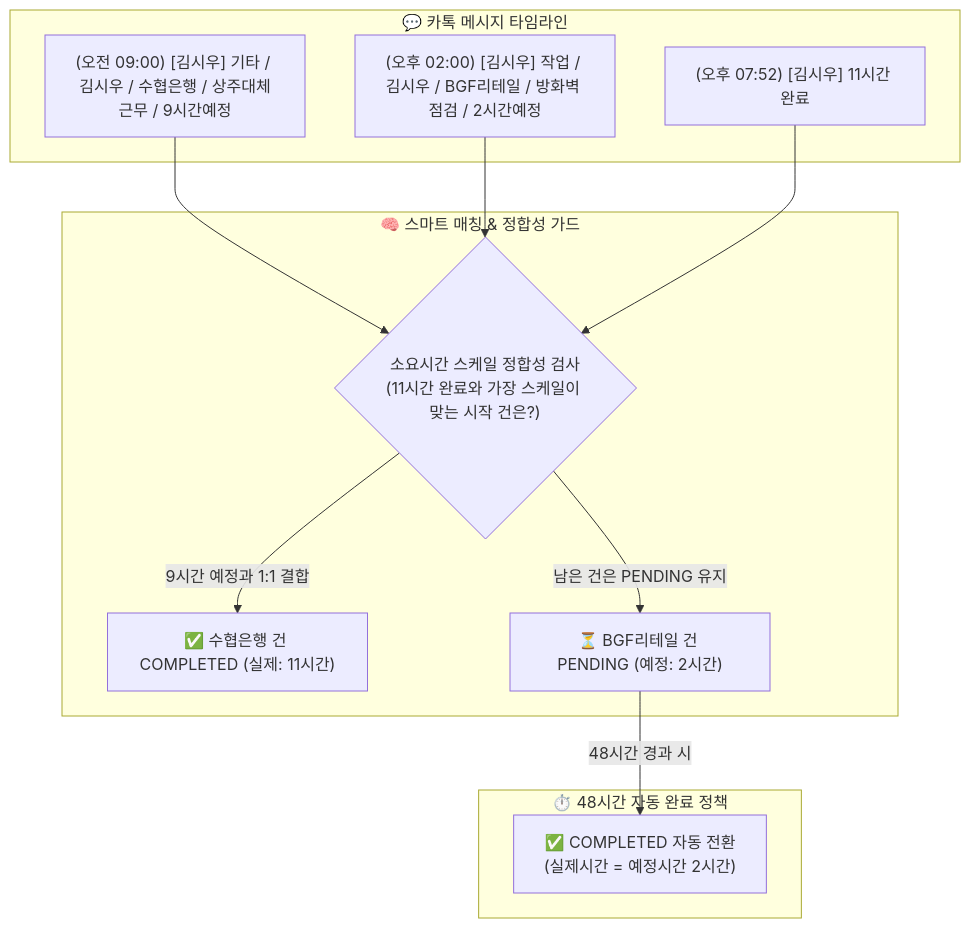
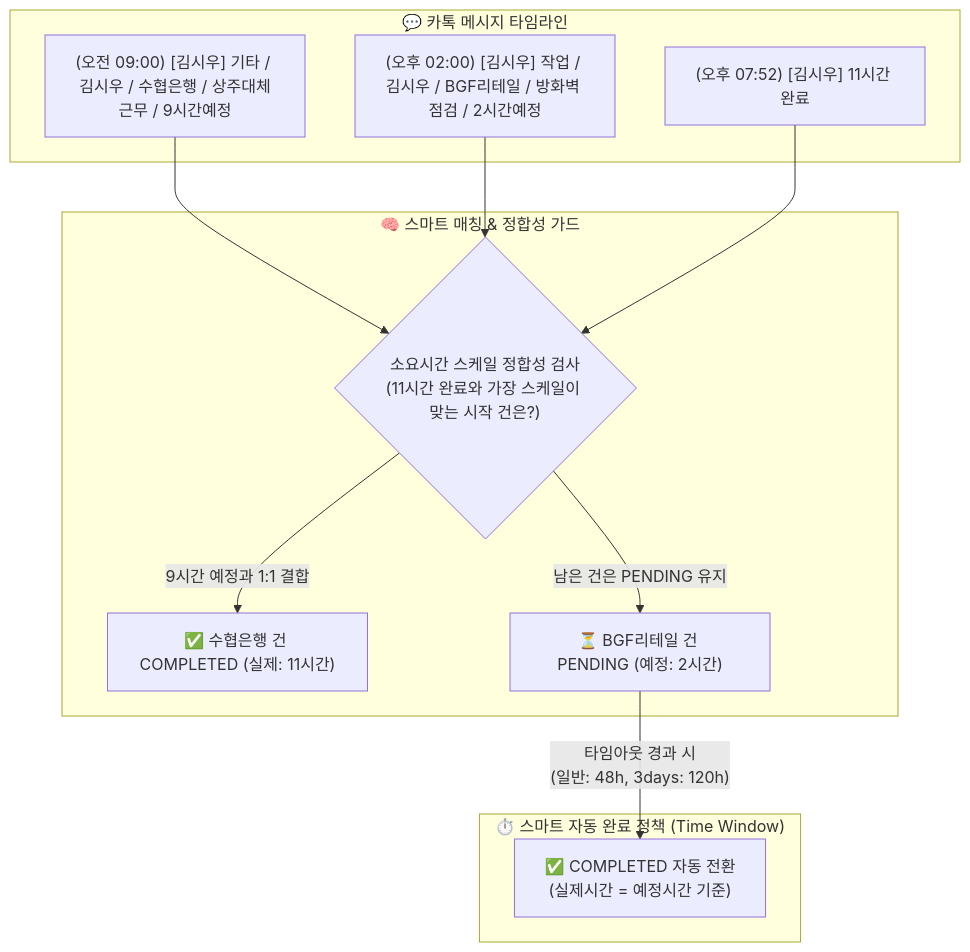
One commit to newprim82/PublicRepo changed the second of 3 diagrams in README.md. Above: the diagram before and after it, drawn with Mermaid. The commit also changed other lines of this file and 1 other file, not shown here.

Commit message:
fix: 다일(Multi-day) 작업 스마트 유동적 자동 완료 대기 시간 공식 적용 (예: 3days -> 120시간)

````diff
--- a/README.md
+++ b/README.md
@@ -82,21 +82,21 @@
 ```mermaid
 flowchart TD
     subgraph KakaoStream["💬 카톡 메시지 타임라인"]
         S1["(오전 09:00) [김시우] 기타 / 김시우 / 수협은행 / 상주대체근무 / 9시간예정"]
         S2["(오후 02:00) [김시우] 작업 / 김시우 / BGF리테일 / 방화벽 점검 / 2시간예정"]
         E1["(오후 07:52) [김시우] 11시간 완료"]
     end
 
     subgraph MatchEngine["🧠 스마트 매칭 & 정합성 가드"]
         Guard{"소요시간 스케일 정합성 검사\n(11시간 완료와 가장 스케일이 맞는 시작 건은?)"}
         S1 --> Guard
         S2 --> Guard
         E1 --> Guard
         Guard -->|"9시간 예정과 1:1 결합"| M1["✅ 수협은행 건 COMPLETED (실제: 11시간)"]
         Guard -->|"남은 건은 PENDING 유지"| M2["⏳ BGF리테일 건 PENDING (예정: 2시간)"]
     end
 
-    subgraph Policy48h["⏱️ 48시간 자동 완료 정책"]
-        M2 -->|"48시간 경과 시"| AutoEnd["✅ COMPLETED 자동 전환\n(실제시간 = 예정시간 2시간)"]
+    subgraph PolicyAuto["⏱️ 스마트 자동 완료 정책 (Time Window)"]
+        M2 -->|"타임아웃 경과 시\n(일반: 48h, 3days: 120h)"| AutoEnd["✅ COMPLETED 자동 전환\n(실제시간 = 예정시간 기준)"]
     end
 ```
````
